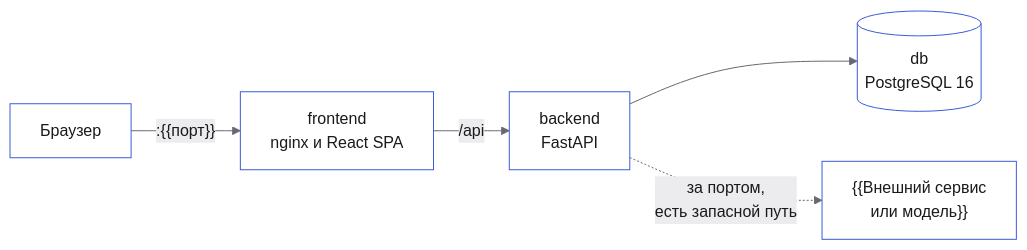
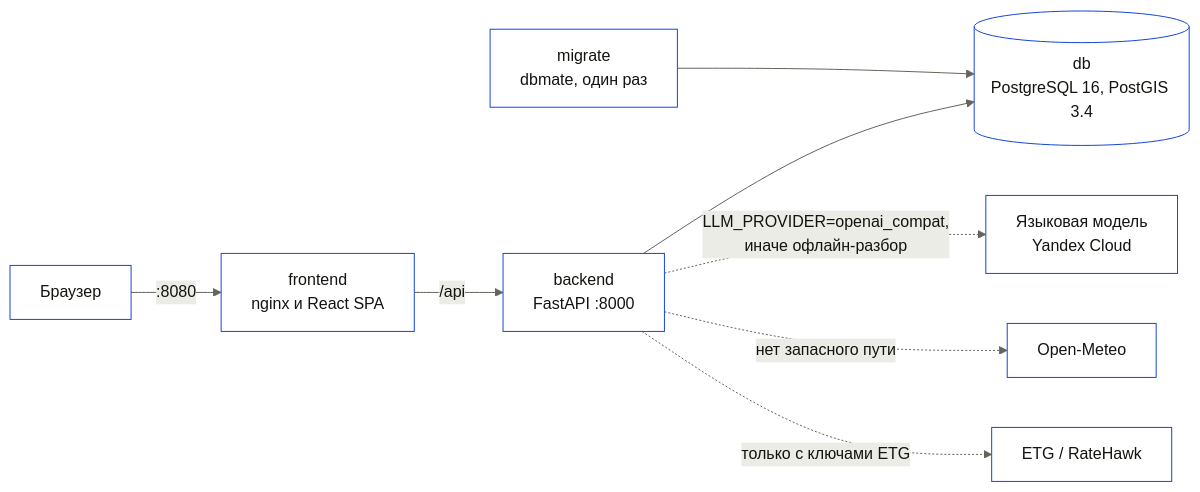
The second of 3 diagrams in docs/architecture.md (GoatWhistle/ostrovok), drawn with Mermaid before and after one commit. The commit also changed other lines of this file and 11 other files, not shown here.

````diff
--- a/docs/architecture.md
+++ b/docs/architecture.md
@@ -35,8 +39,11 @@
 ```mermaid
-%%{init: {"theme":"base","themeVariables":{"primaryColor":"#ffffff","primaryTextColor":"#1a1a1e","primaryBorderColor":"#3d5bd9","secondaryColor":"#ececee","tertiaryColor":"#f6f6f7","lineColor":"#686872","textColor":"#1a1a1e","noteBkgColor":"#ececee","noteTextColor":"#54545c","actorBkg":"#ffffff","actorBorder":"#3d5bd9","fontFamily":"Inter Variable"}}}%%
+%%{init: {"theme":"base","themeVariables":{"primaryColor":"#ffffff","primaryTextColor":"#12140f","primaryBorderColor":"#1546db","secondaryColor":"#eaece5","tertiaryColor":"#f4f5f1","lineColor":"#61665a","textColor":"#12140f","noteBkgColor":"#eaece5","noteTextColor":"#4a4e44","actorBkg":"#ffffff","actorBorder":"#1546db","fontFamily":"Manrope Variable"}}}%%
 flowchart LR
-    B["Браузер"] -->|":{{порт}}"| FE["frontend<br/>nginx и React SPA"]
-    FE -->|"/api"| BE["backend<br/>FastAPI"]
-    BE --> DB[("db<br/>PostgreSQL 16")]
-    BE -.->|"за портом,<br/>есть запасной путь"| X["{{Внешний сервис<br/>или модель}}"]
+    B["Браузер"] -->|":8080"| FE["frontend<br/>nginx и React SPA"]
+    FE -->|"/api"| BE["backend<br/>FastAPI :8000"]
+    MG["migrate<br/>dbmate, один раз"] --> DB
+    BE --> DB[("db<br/>PostgreSQL 16, PostGIS 3.4")]
+    BE -.->|"LLM_PROVIDER=openai_compat,<br/>иначе офлайн-разбор"| L["Языковая модель<br/>Yandex Cloud"]
+    BE -.->|"нет запасного пути"| W["Open-Meteo"]
+    BE -.->|"только с ключами ETG"| E["ETG / RateHawk"]
 ```
````
